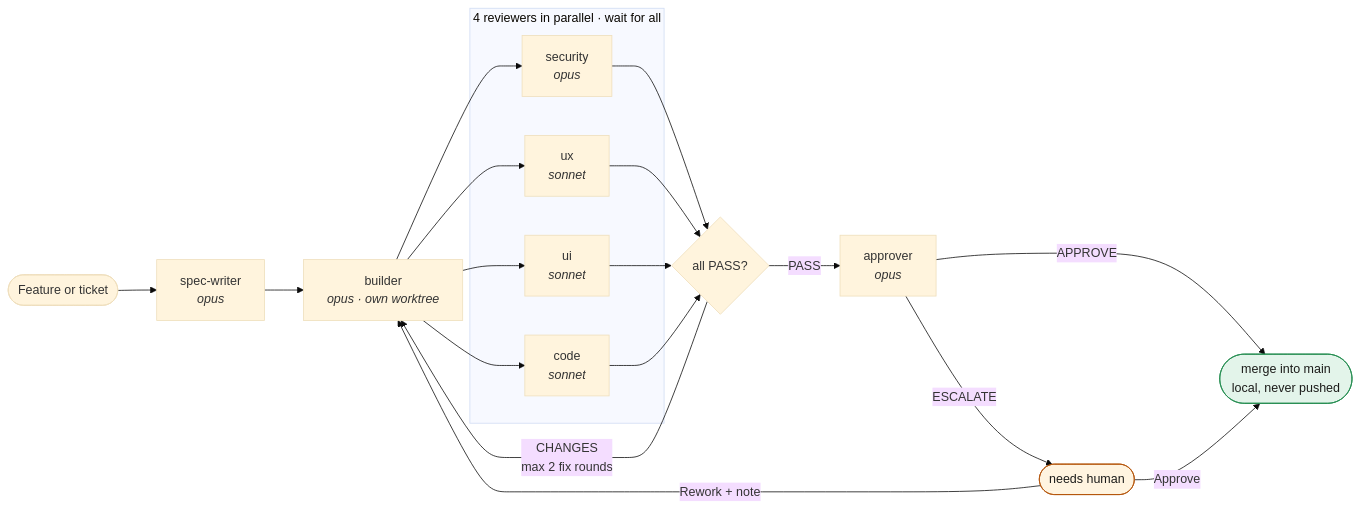
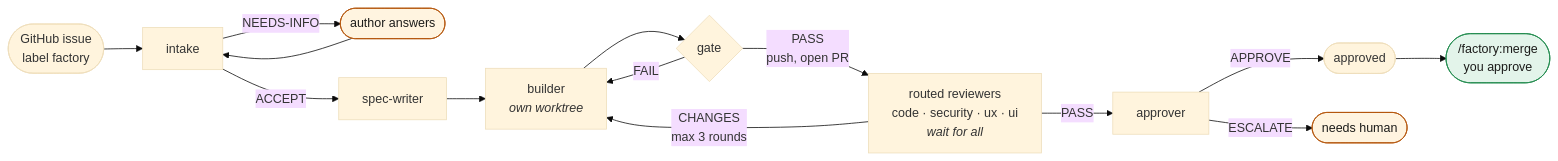
The diagram in README.md (donePM/software-factory), drawn with Mermaid (base theme) before and after one commit. The commit also changed other lines of this file and 3 other files, not shown here.

````diff
--- a/README.md
+++ b/README.md
@@ -9,24 +8,21 @@
 ```mermaid
 flowchart LR
-  F(["Feature or ticket"]) --> S["spec-writer<br/><i>opus</i>"]
-  S --> B["builder<br/><i>opus · own worktree</i>"]
-  B --> SEC & UX & UI & CODE
-  subgraph R ["4 reviewers in parallel · wait for all"]
-    SEC["security<br/><i>opus</i>"]
-    UX["ux<br/><i>sonnet</i>"]
-    UI["ui<br/><i>sonnet</i>"]
-    CODE["code<br/><i>sonnet</i>"]
-  end
-  SEC & UX & UI & CODE --> G{"all PASS?"}
-  G -- "CHANGES<br/>max 2 fix rounds" --> B
-  G -- "PASS" --> A["approver<br/><i>opus</i>"]
-  A -- "APPROVE" --> M(["merge into main<br/>local, never pushed"])
+  I(["GitHub issue<br/>label factory"]) --> IN["intake"]
+  IN -- "NEEDS-INFO" --> Q(["author answers"])
+  Q --> IN
+  IN -- "ACCEPT" --> S["spec-writer"]
+  S --> B["builder<br/><i>own worktree</i>"]
+  B --> G{"gate"}
+  G -- "FAIL" --> B
+  G -- "PASS<br/>push, open PR" --> R["routed reviewers<br/>code · security · ux · ui<br/><i>wait for all</i>"]
+  R -- "CHANGES<br/>max 3 rounds" --> B
+  R -- "PASS" --> A["approver"]
+  A -- "APPROVE" --> AP(["approved"])
   A -- "ESCALATE" --> H(["needs human"])
-  H -- "Approve" --> M
-  H -- "Rework + note" --> B
+  AP --> M(["/factory:merge<br/>you approve"])
 
   classDef human fill:#fff4e0,stroke:#b45309,color:#1c1c1a
   classDef done fill:#e3f4ea,stroke:#1f8a4c,color:#1c1c1a
-  class H human
+  class H,Q human
   class M done
 ```
````
